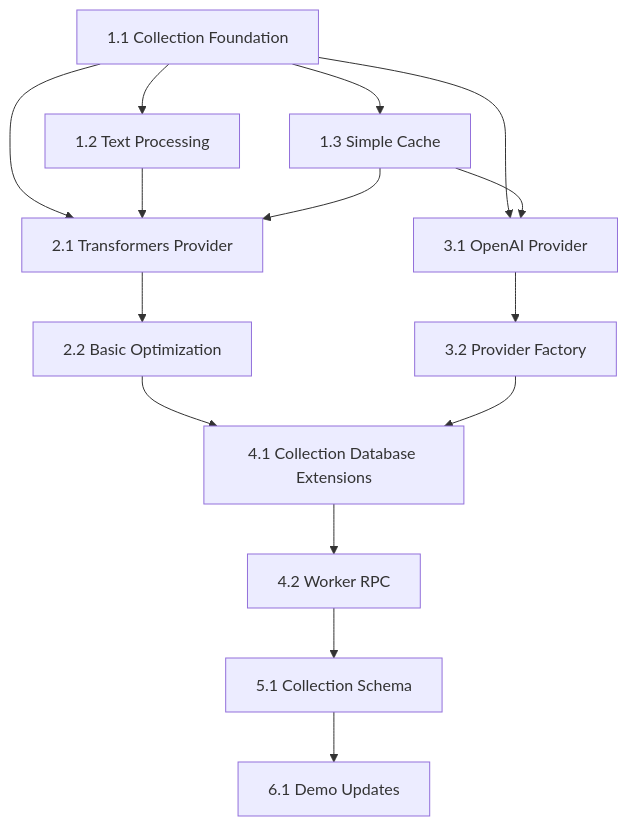
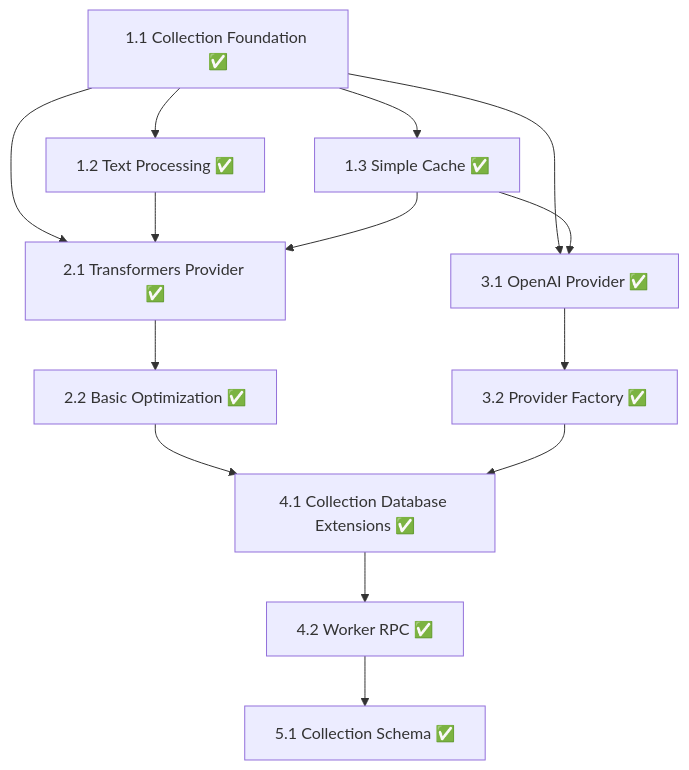
The first of 2 diagrams in tasks/TASK-004-embedding-generation/breakdown.md (klabulan/browvec), drawn with Mermaid before and after one commit. The commit also changed other lines of this file and 25 other files, not shown here.

````diff
--- a/tasks/TASK-004-embedding-generation/breakdown.md
+++ b/tasks/TASK-004-embedding-generation/breakdown.md
@@ -271,22 +396,20 @@
 ```mermaid
 graph TD
-    A[1.1 Collection Foundation] --> B[1.2 Text Processing]
-    A --> C[1.3 Simple Cache]
-    A --> D[2.1 Transformers Provider]
-    A --> E[3.1 OpenAI Provider]
+    A[1.1 Collection Foundation ✅] --> B[1.2 Text Processing ✅]
+    A --> C[1.3 Simple Cache ✅]
+    A --> D[2.1 Transformers Provider ✅]
+    A --> E[3.1 OpenAI Provider ✅]
 
     B --> D
     C --> D
     C --> E
 
-    D --> F[2.2 Basic Optimization]
-    E --> G[3.2 Provider Factory]
+    D --> F[2.2 Basic Optimization ✅]
+    E --> G[3.2 Provider Factory ✅]
 
-    F --> H[4.1 Collection Database Extensions]
+    F --> H[4.1 Collection Database Extensions ✅]
     G --> H
 
-    H --> I[4.2 Worker RPC]
-    I --> J[5.1 Collection Schema]
-
-    J --> K[6.1 Demo Updates]
+    H --> I[4.2 Worker RPC ✅]
+    I --> J[5.1 Collection Schema ✅]
 ```
````
